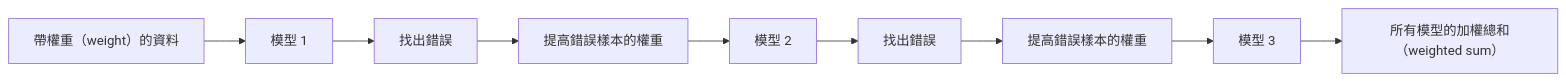
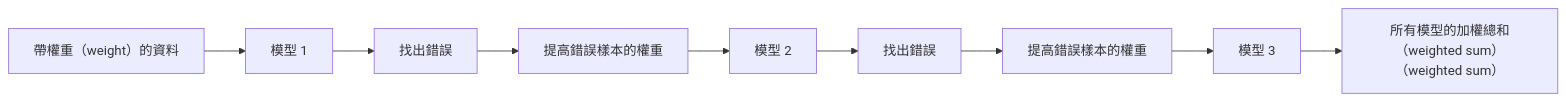
Before and after one commit to edward821220/ai-engineering-from-scratch: the second of 3 diagrams in i18n/zh-TW/phases/02-ml-fundamentals/11-ensemble-methods/docs/zh-TW.md, drawn with Mermaid. The commit also changed other lines of this file and 197 other files, not shown here.

````diff
--- a/i18n/zh-TW/phases/02-ml-fundamentals/11-ensemble-methods/docs/zh-TW.md
+++ b/i18n/zh-TW/phases/02-ml-fundamentals/11-ensemble-methods/docs/zh-TW.md
@@ -76,11 +76,11 @@
 ```mermaid
 flowchart LR
     D[帶權重（weight）的資料] --> M1[模型 1]
     M1 --> E1[找出錯誤]
     E1 --> W1[提高錯誤樣本的權重]
     W1 --> M2[模型 2]
     M2 --> E2[找出錯誤]
     E2 --> W2[提高錯誤樣本的權重]
     W2 --> M3[模型 3]
-    M3 --> F[所有模型的加權總和（weighted sum）]
+    M3 --> F[所有模型的加權總和（weighted sum）（weighted sum）]
 ```
````
